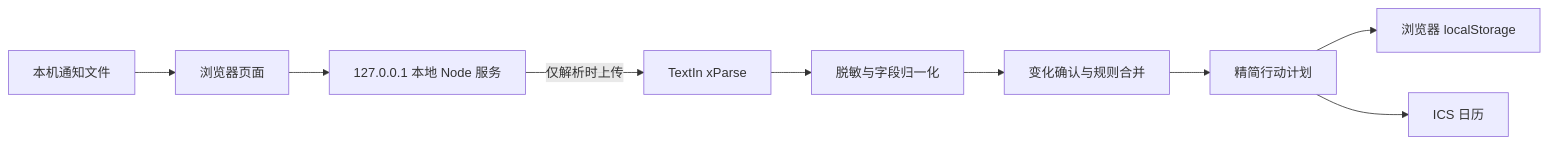
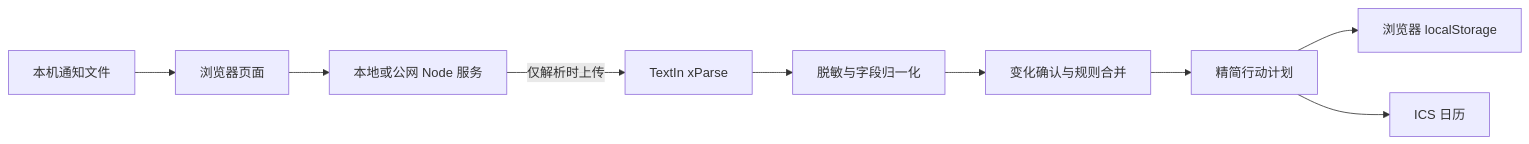
One commit to xiaosongxiaosong1111/NoticeAction changed the second of 2 diagrams in README.md. Above: the diagram before and after it, drawn with Mermaid. The commit also changed other lines of this file and 7 other files, not shown here.

````diff
--- a/README.md
+++ b/README.md
@@ -136,11 +149,11 @@
 ```mermaid
 flowchart LR
     A[本机通知文件] --> B[浏览器页面]
-    B --> C[127.0.0.1 本地 Node 服务]
+    B --> C[本地或公网 Node 服务]
     C -->|仅解析时上传| D[TextIn xParse]
     D --> E[脱敏与字段归一化]
     E --> F[变化确认与规则合并]
     F --> G[精简行动计划]
     G --> H[浏览器 localStorage]
     G --> I[ICS 日历]
 ```
````
